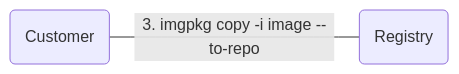
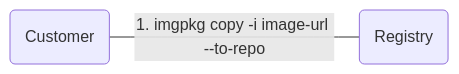
One commit to rguske/rguske.github.io changed the fifth of 5 diagrams in post/sharing-container-images-using-the-docker-cli-or-carvels-imgpkg/index.md. Above: the diagram before and after it, drawn with Mermaid. The commit also changed other lines of this file and 3 other files, not shown here.

```diff
--- a/post/sharing-container-images-using-the-docker-cli-or-carvels-imgpkg/index.md
+++ b/post/sharing-container-images-using-the-docker-cli-or-carvels-imgpkg/index.md
@@ -228,4 +228,4 @@
 {{< mermaid >}}
 graph LR;
-    A( Customer ) ---| 3. imgpkg copy -i image --to-repo | B( Registry )
+    A( Customer ) ---| 1. imgpkg copy -i image-url --to-repo | B( Registry )
 {{< /mermaid >}}
```
